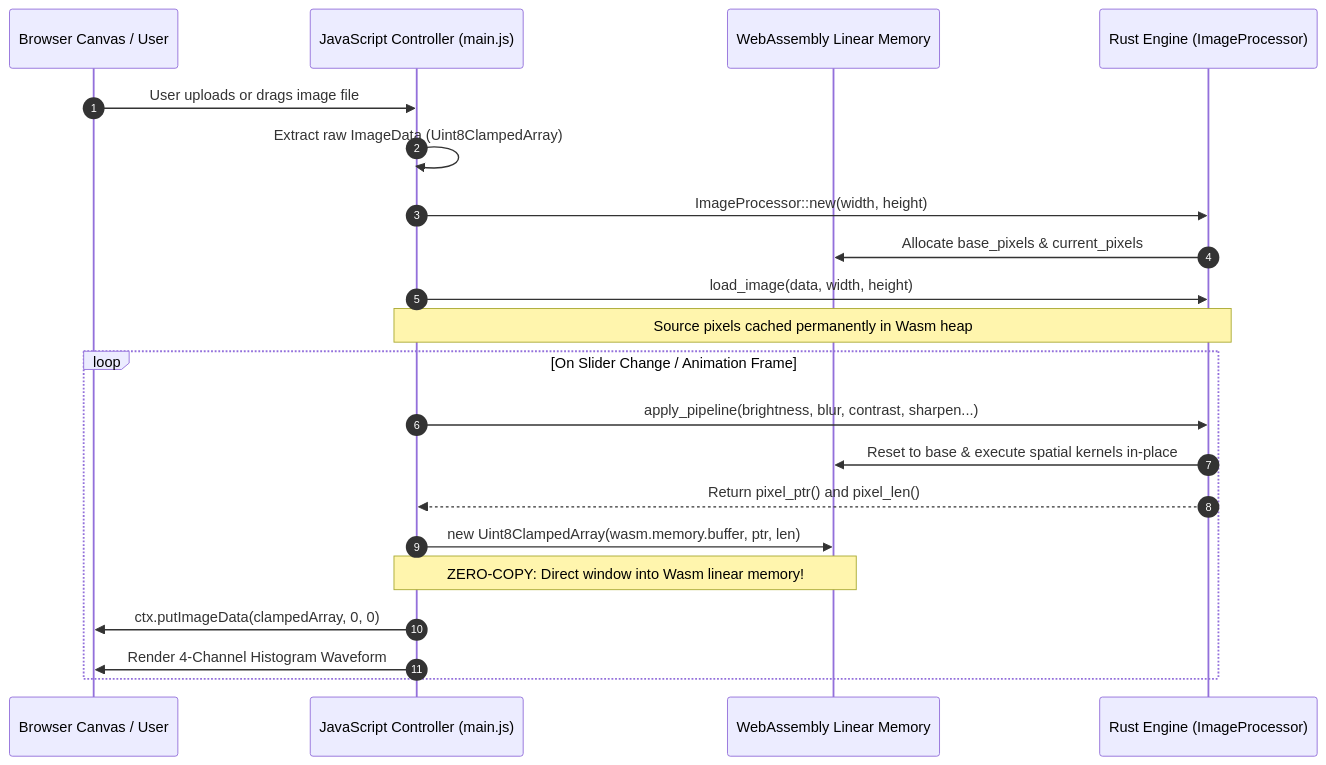
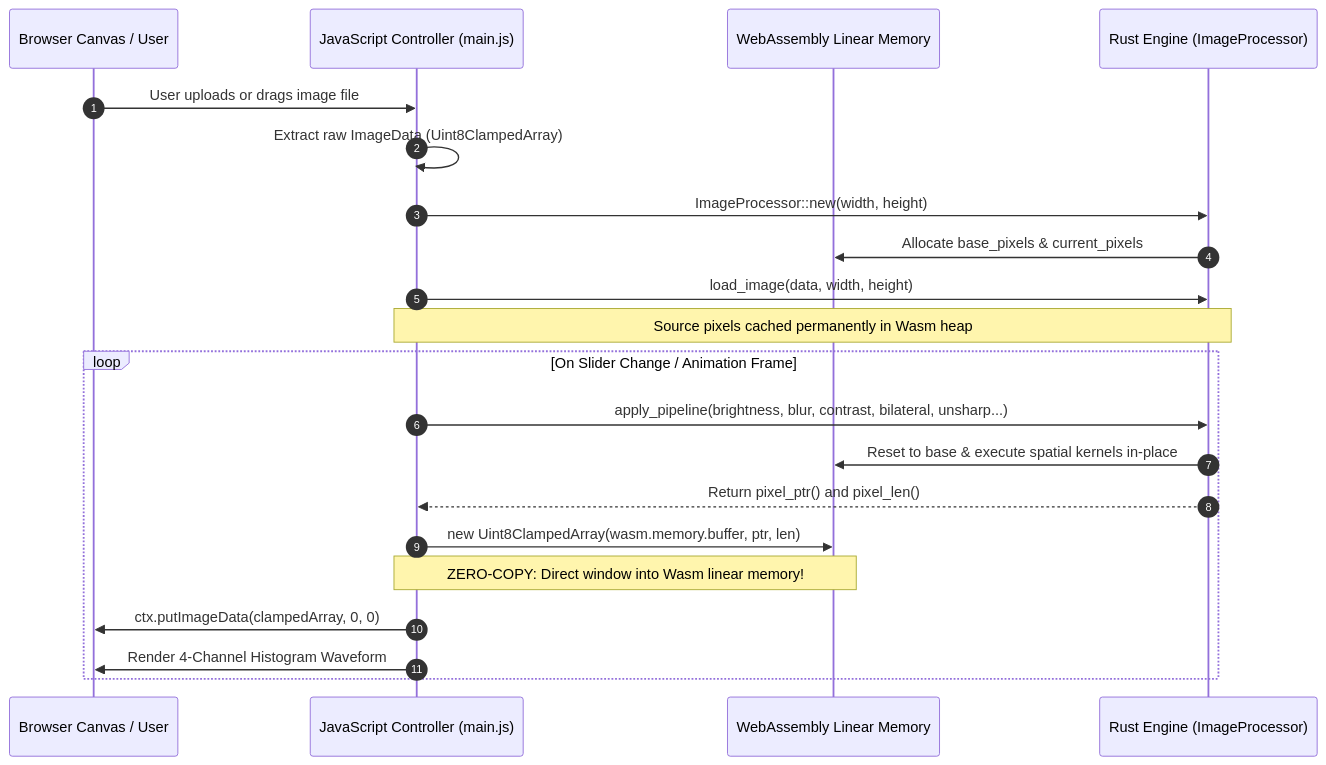
One commit to faizan-7890/RUST changed the second of 3 diagrams in README.md. Above: the diagram before and after it, drawn with Mermaid. The commit also changed other lines of this file and 5 other files, not shown here.

Commit message:
feat(filters): add edge-preserving Bilateral filter, Unsharp Masking (USM), and UI controls

````diff
--- a/README.md
+++ b/README.md
@@ -60,25 +60,25 @@
 ```mermaid
 sequenceDiagram
     autonumber
     participant UI as Browser Canvas / User
     participant JS as JavaScript Controller (main.js)
     participant WasmMem as WebAssembly Linear Memory
     participant Rust as Rust Engine (ImageProcessor)
 
     UI->>JS: User uploads or drags image file
     JS->>JS: Extract raw ImageData (Uint8ClampedArray)
     JS->>Rust: ImageProcessor::new(width, height)
     Rust->>WasmMem: Allocate base_pixels & current_pixels
     JS->>Rust: load_image(data, width, height)
     Note over JS,Rust: Source pixels cached permanently in Wasm heap
 
     loop On Slider Change / Animation Frame
-        JS->>Rust: apply_pipeline(brightness, blur, contrast, sharpen...)
+        JS->>Rust: apply_pipeline(brightness, blur, contrast, bilateral, unsharp...)
         Rust->>WasmMem: Reset to base & execute spatial kernels in-place
         Rust-->>JS: Return pixel_ptr() and pixel_len()
         JS->>WasmMem: new Uint8ClampedArray(wasm.memory.buffer, ptr, len)
         Note over JS,WasmMem: ZERO-COPY: Direct window into Wasm linear memory!
         JS->>UI: ctx.putImageData(clampedArray, 0, 0)
         JS->>UI: Render 4-Channel Histogram Waveform
     end
 ```
````
